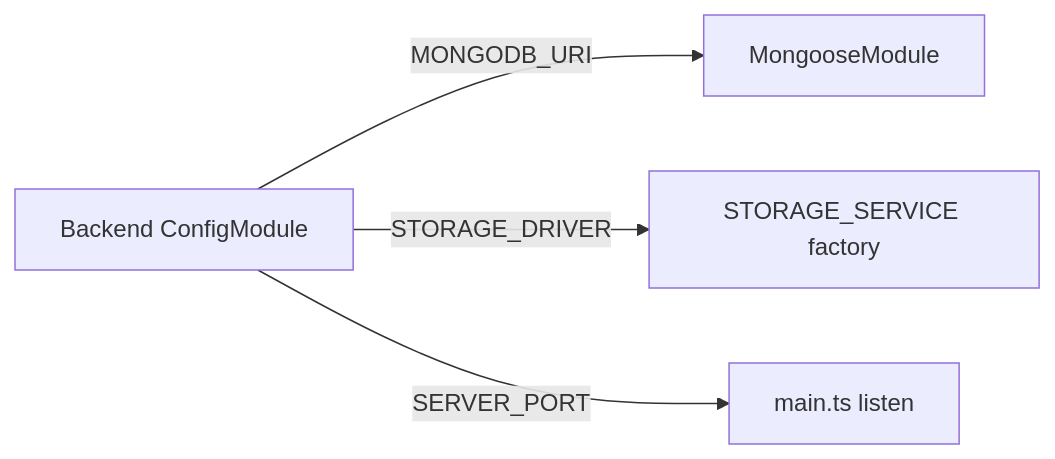
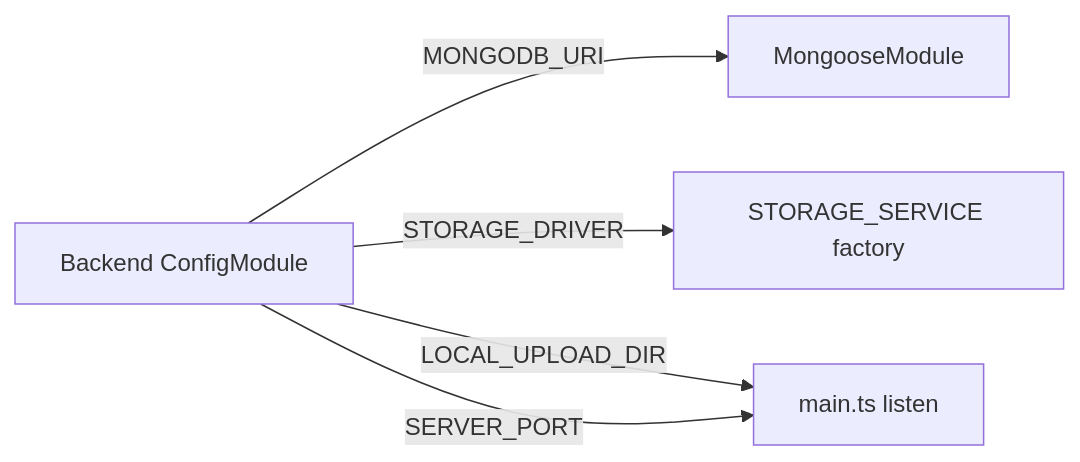
One commit to dadanliu/simulation-system changed the third of 6 diagrams in docs/06-config-module.md. Above: the diagram before and after it, drawn with Mermaid. The commit also changed other lines of this file and 15 other files, not shown here.

````diff
--- a/docs/06-config-module.md
+++ b/docs/06-config-module.md
@@ -227,11 +229,12 @@
 ```mermaid
 flowchart LR
   ServerConfig[Backend ConfigModule]
   Mongo[MongooseModule]
   Storage[STORAGE_SERVICE factory]
   Main[main.ts listen]
 
   ServerConfig -->|MONGODB_URI| Mongo
   ServerConfig -->|STORAGE_DRIVER| Storage
+  ServerConfig -->|LOCAL_UPLOAD_DIR| Main
   ServerConfig -->|SERVER_PORT| Main
 ```
````
